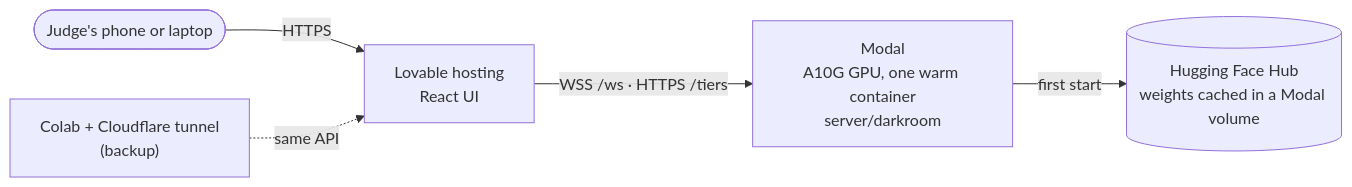
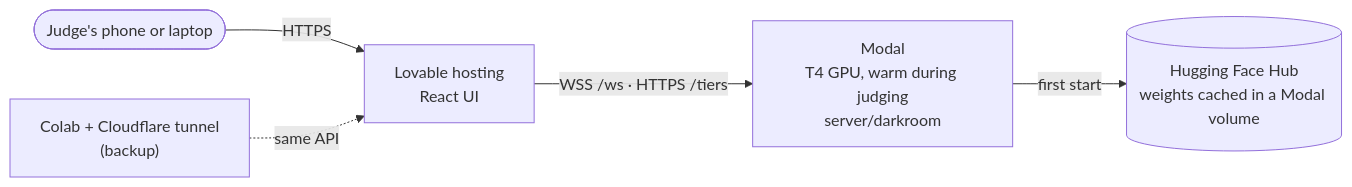
The seventh of 7 diagrams in README.md (PrachiAgarwal-coder/prachi-darkroom), drawn with Mermaid before and after one commit. The commit also changed other lines of this file and 1 other file, not shown here.

Commit message:
Modal: default to T4 and scale-to-zero; warm only on demand
Starter plan includes only $1/month of credit, so an always-warm A10G would bill
the card all night. DARKROOM_GPU and DARKROOM_WARM select GPU and warm containers at deploy time.

Claude-Session: https://claude.ai/code/session_01MwRTZM2zGN5JGuLZ2GNdAx

````diff
--- a/README.md
+++ b/README.md
@@ -389,7 +389,7 @@
 ```mermaid
 flowchart LR
     J([Judge's phone or laptop]) -->|HTTPS| L["Lovable hosting<br/>React UI"]
-    L -->|"WSS /ws · HTTPS /tiers"| M["Modal<br/>A10G GPU, one warm container<br/>server/darkroom"]
+    L -->|"WSS /ws · HTTPS /tiers"| M["Modal<br/>T4 GPU, warm during judging<br/>server/darkroom"]
     M -->|first start| HF[("Hugging Face Hub<br/>weights cached in a Modal volume")]
     C["Colab + Cloudflare tunnel<br/>(backup)"] -.->|same API| L
 ```
````
